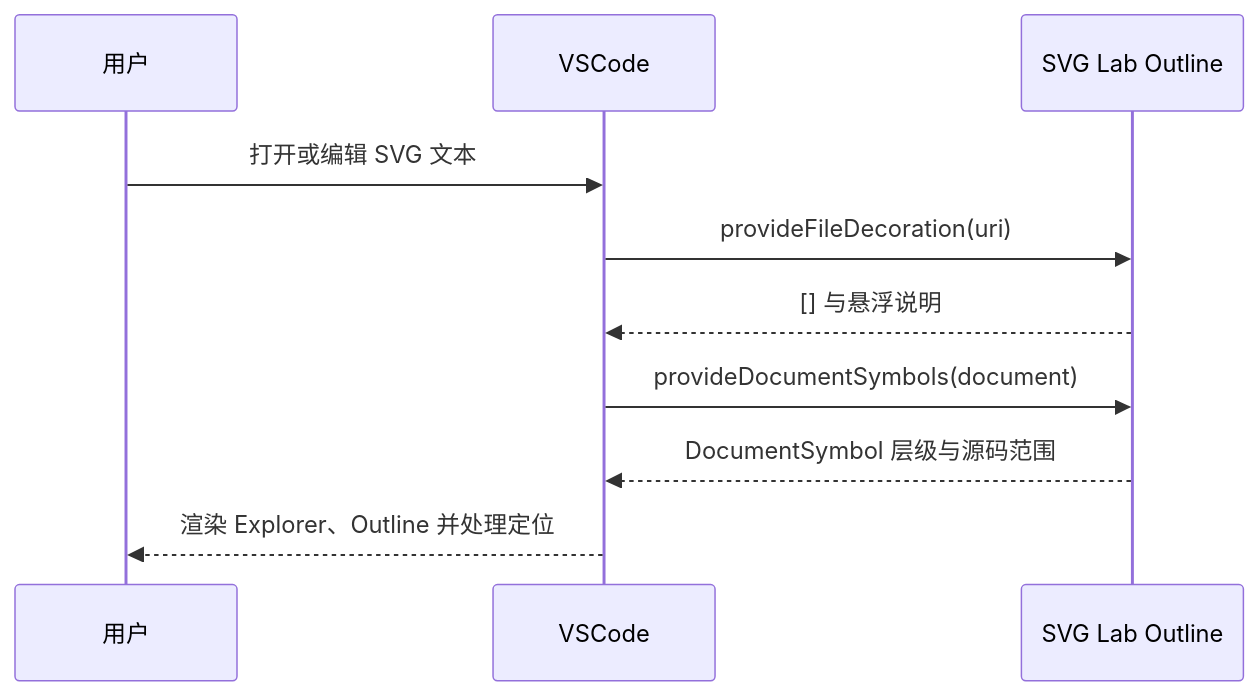
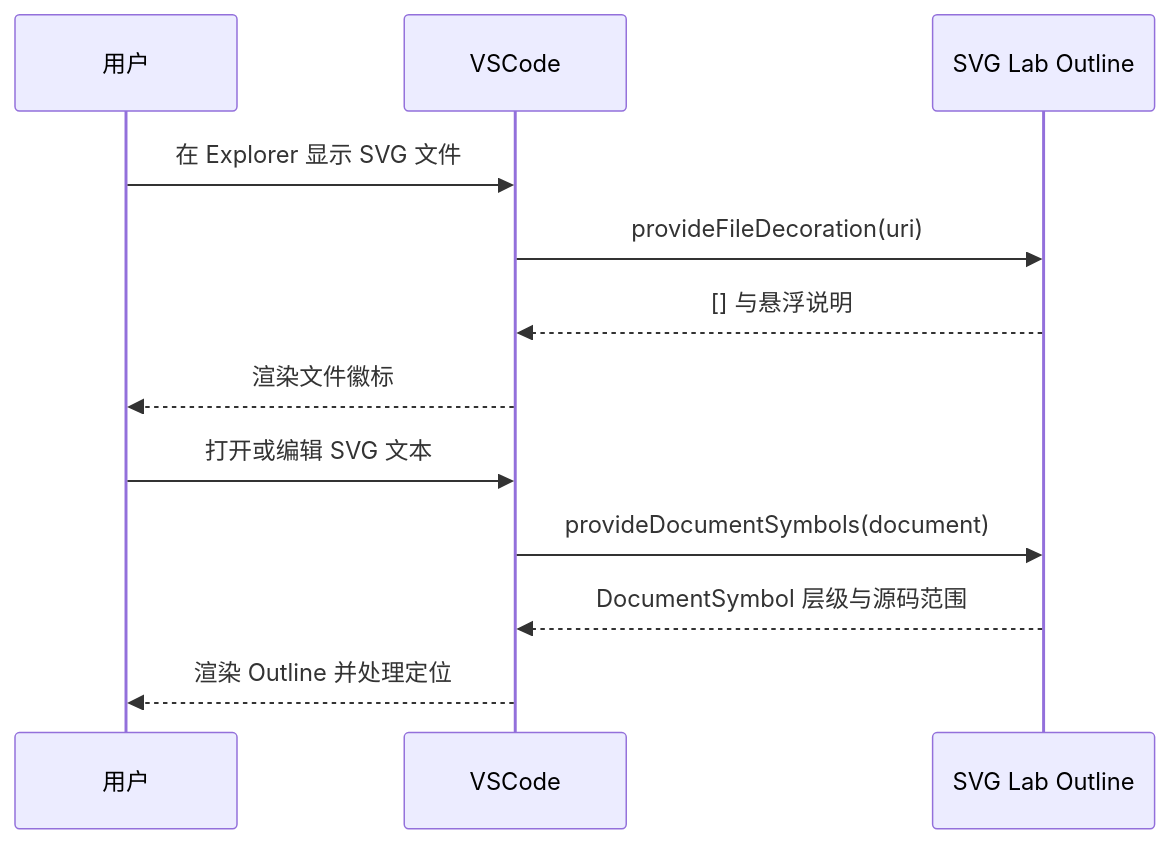
One commit to Nianle-Li/soft-design-proj changed the first of 5 diagrams in doc/README.md. Above: the diagram before and after it, drawn with Mermaid. The commit also changed other lines of this file and 19 other files, not shown here.

````diff
--- a/doc/README.md
+++ b/doc/README.md
@@ -71,12 +76,14 @@
 ```mermaid
 sequenceDiagram
     participant User as 用户
     participant VSCode
     participant Extension as SVG Lab Outline
-    User->>VSCode: 打开或编辑 SVG 文本
+    User->>VSCode: 在 Explorer 显示 SVG 文件
     VSCode->>Extension: provideFileDecoration(uri)
     Extension-->>VSCode: [] 与悬浮说明
+    VSCode-->>User: 渲染文件徽标
+    User->>VSCode: 打开或编辑 SVG 文本
     VSCode->>Extension: provideDocumentSymbols(document)
     Extension-->>VSCode: DocumentSymbol 层级与源码范围
-    VSCode-->>User: 渲染 Explorer、Outline 并处理定位
+    VSCode-->>User: 渲染 Outline 并处理定位
 ```
````
